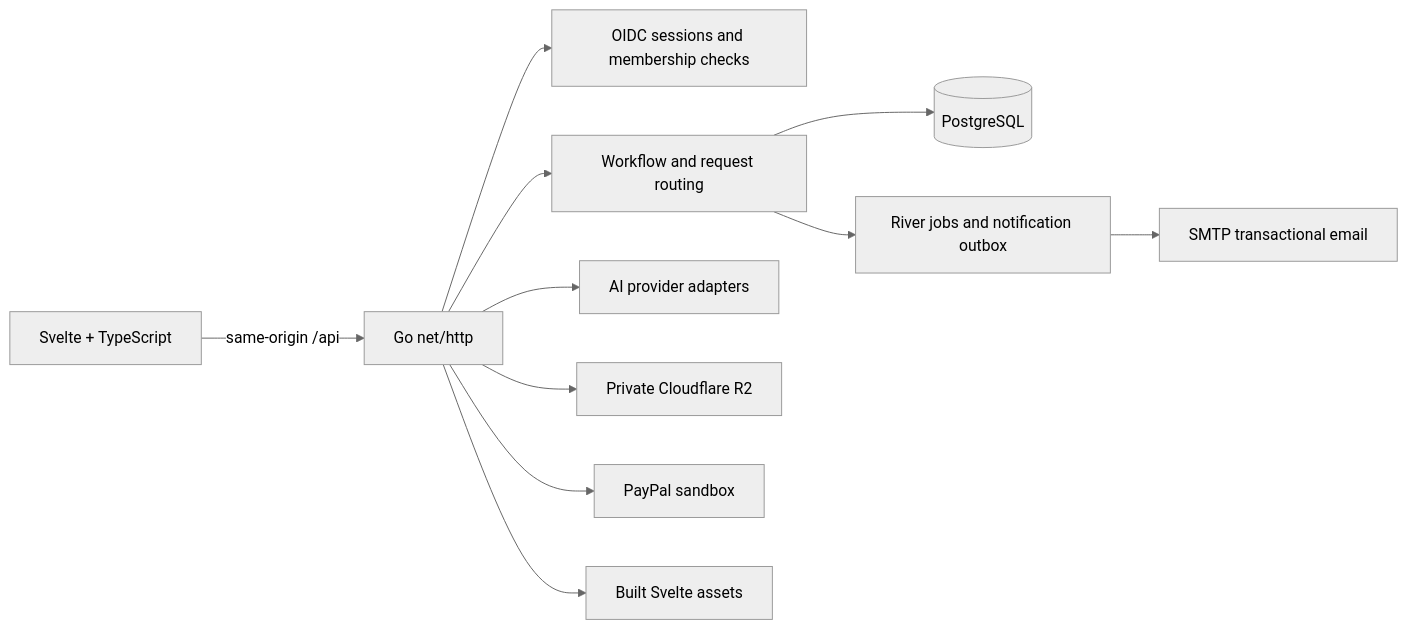
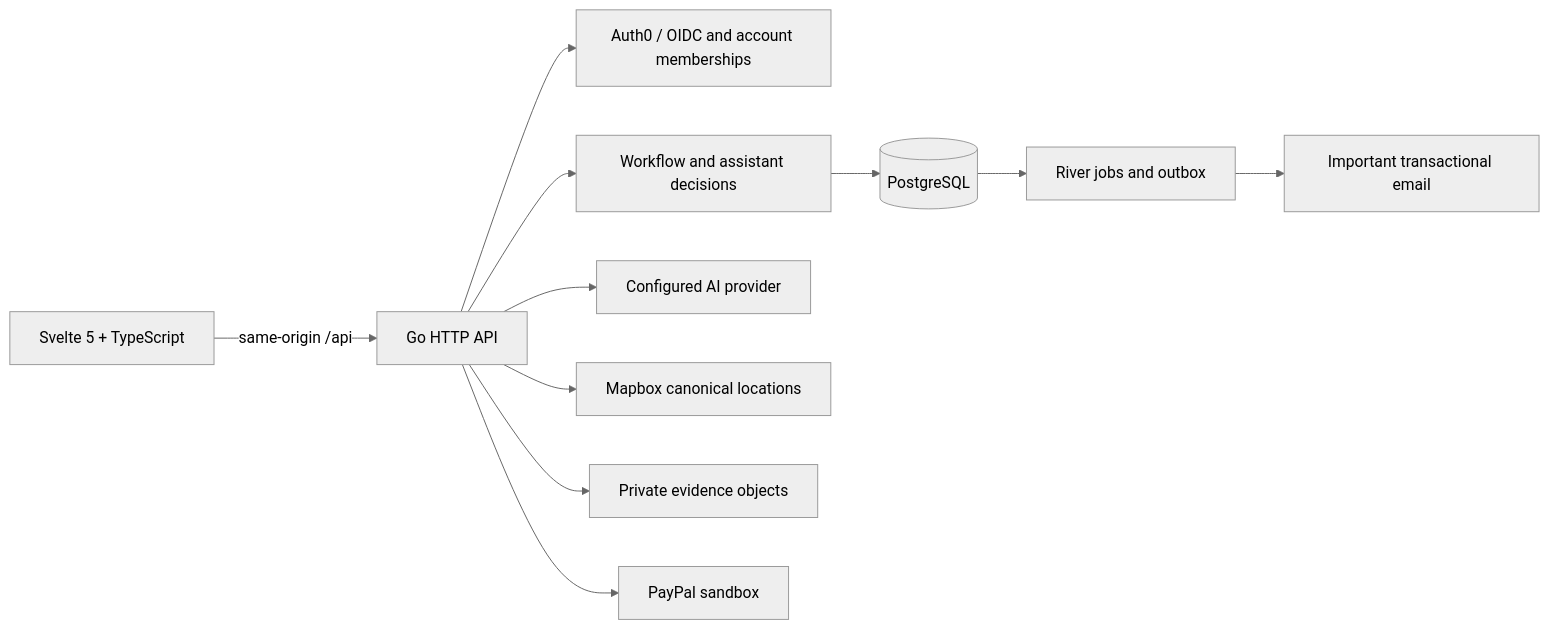
One commit to allanzico/samen-klaar changed the diagram in docs/ARCHITECTURE.md. Above: the diagram before and after it, drawn with Mermaid (neutral theme). The commit also changed other lines of this file and 34 other files, not shown here.

````diff
--- a/docs/ARCHITECTURE.md
+++ b/docs/ARCHITECTURE.md
@@ -5,13 +5,13 @@
 ```mermaid
 flowchart LR
-  Browser[ Svelte + TypeScript ] -->|same-origin /api| HTTP[Go net/http]
-  HTTP --> Identity[OIDC sessions and membership checks]
-  HTTP --> Workflow[Workflow and request routing]
+  Browser[Svelte 5 + TypeScript] -->|same-origin /api| API[Go HTTP API]
+  API --> Identity[Auth0 / OIDC and account memberships]
+  API --> Workflow[Workflow and assistant decisions]
   Workflow --> DB[(PostgreSQL)]
-  Workflow --> River[River jobs and notification outbox]
-  River --> SMTP[SMTP transactional email]
-  HTTP --> AI[AI provider adapters]
-  HTTP --> R2[Private Cloudflare R2]
-  HTTP --> PayPal[PayPal sandbox]
-  HTTP --> Assets[Built Svelte assets]
+  DB --> Workers[River jobs and outbox]
+  Workers --> SMTP[Important transactional email]
+  API --> AI[Configured AI provider]
+  API --> Mapbox[Mapbox canonical locations]
+  API --> R2[Private evidence objects]
+  API --> PayPal[PayPal sandbox]
 ```
````
